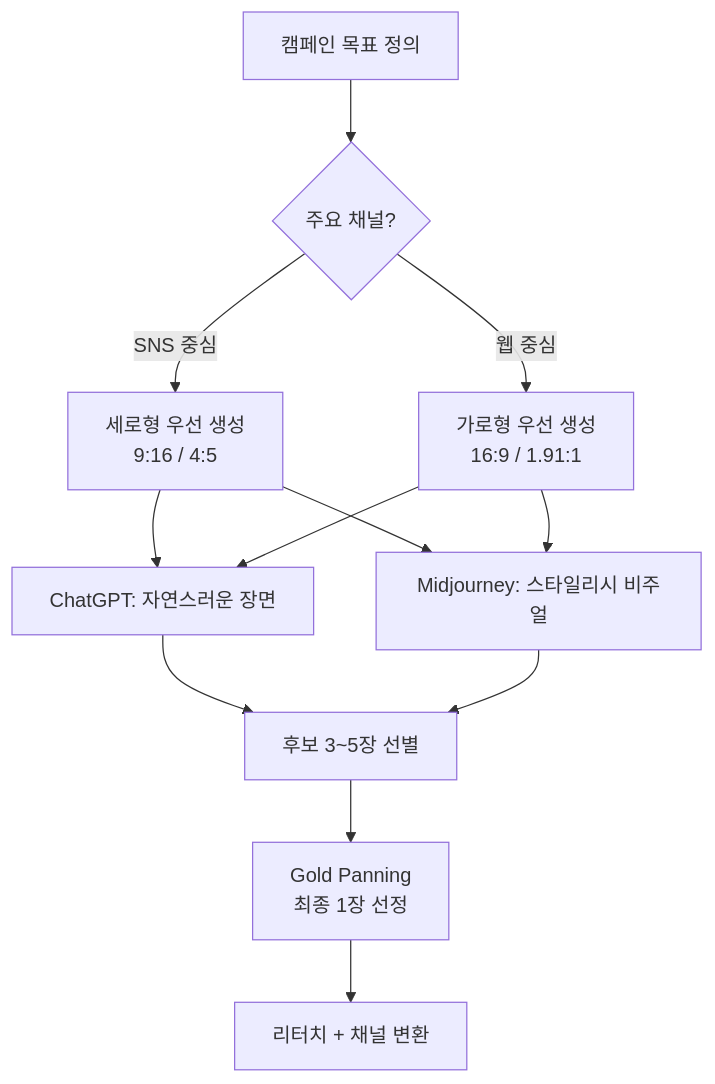
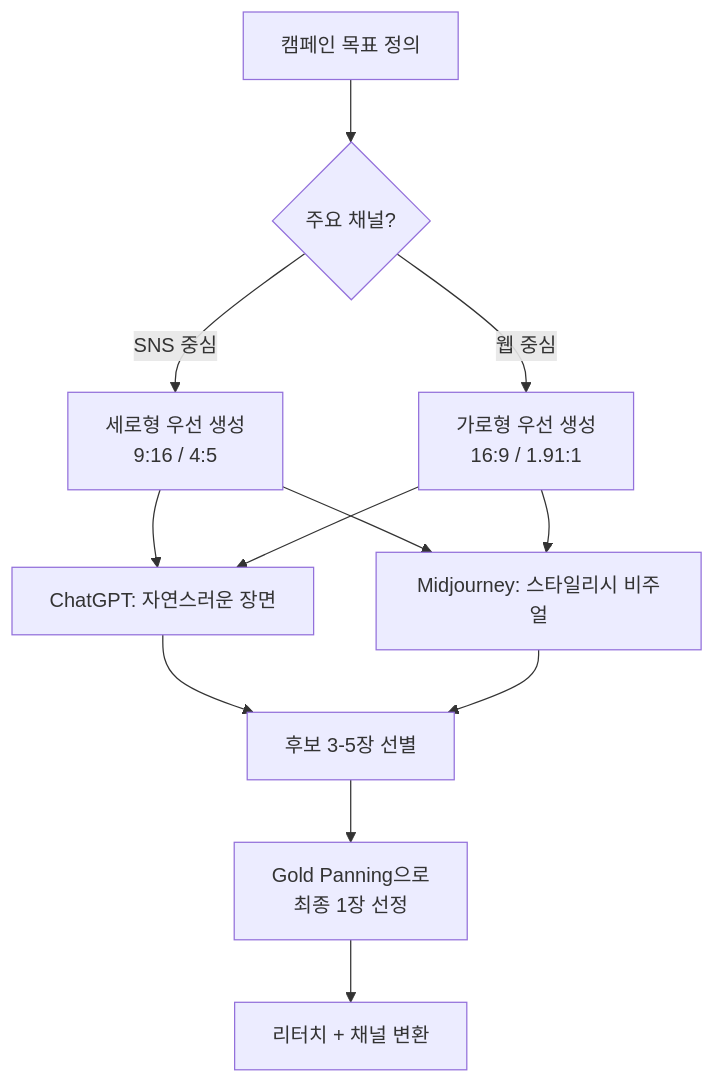
The second of 3 diagrams in 12-ch12-실전-포트폴리오-프로젝트/03-03-캠페인-비주얼과-영상-콘텐츠-제작.md (jsonpassion/forge-tutorial-promptcanvas), drawn with Mermaid before and after one commit. The commit also changed other lines of this file and 63 other files, not shown here.

````diff
--- a/12-ch12-실전-포트폴리오-프로젝트/03-03-캠페인-비주얼과-영상-콘텐츠-제작.md
+++ b/12-ch12-실전-포트폴리오-프로젝트/03-03-캠페인-비주얼과-영상-콘텐츠-제작.md
@@ -120,14 +43,14 @@
 ```mermaid
 flowchart TD
     A["캠페인 목표 정의"] --> B{"주요 채널?"}
     B -->|SNS 중심| C["세로형 우선 생성<br/>9:16 / 4:5"]
     B -->|웹 중심| D["가로형 우선 생성<br/>16:9 / 1.91:1"]
     C --> E["ChatGPT: 자연스러운 장면"]
     C --> F["Midjourney: 스타일리시 비주얼"]
     D --> E
     D --> F
-    E --> G["후보 3~5장 선별"]
+    E --> G["후보 3-5장 선별"]
     F --> G
-    G --> H["Gold Panning<br/>최종 1장 선정"]
+    G --> H["Gold Panning으로<br/>최종 1장 선정"]
     H --> I["리터치 + 채널 변환"]
 ```
````
